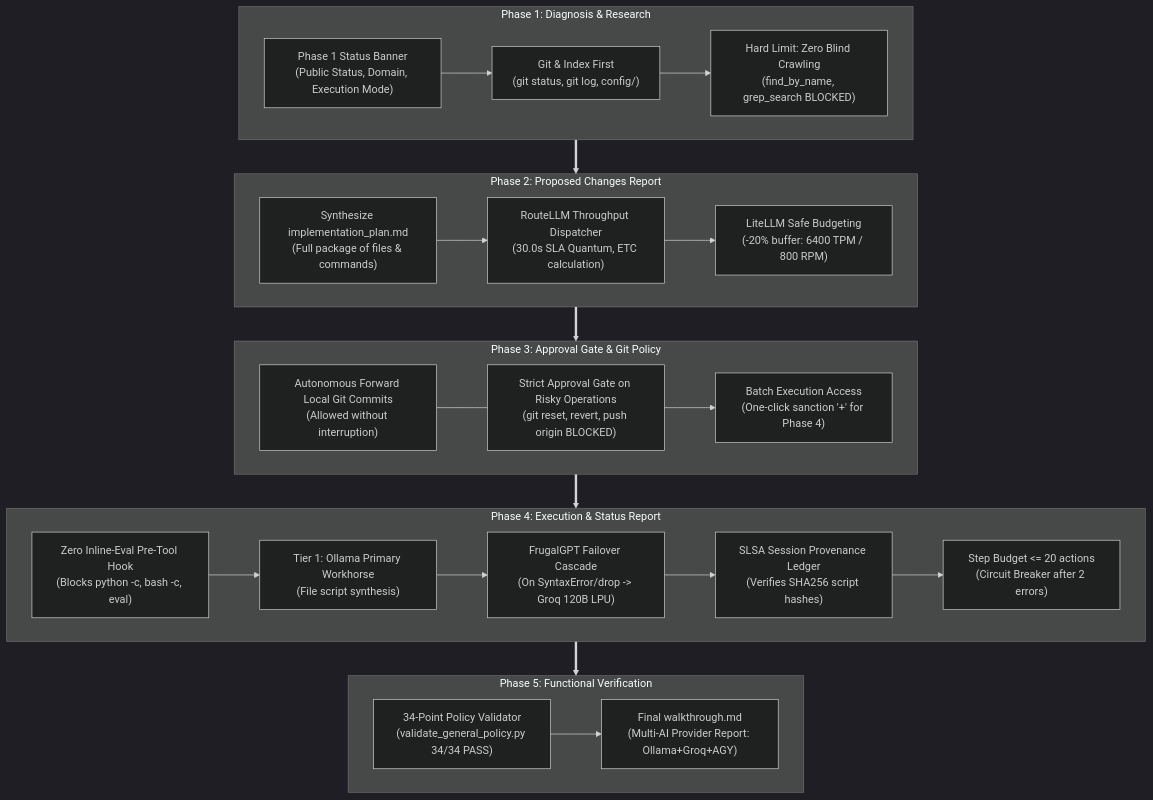
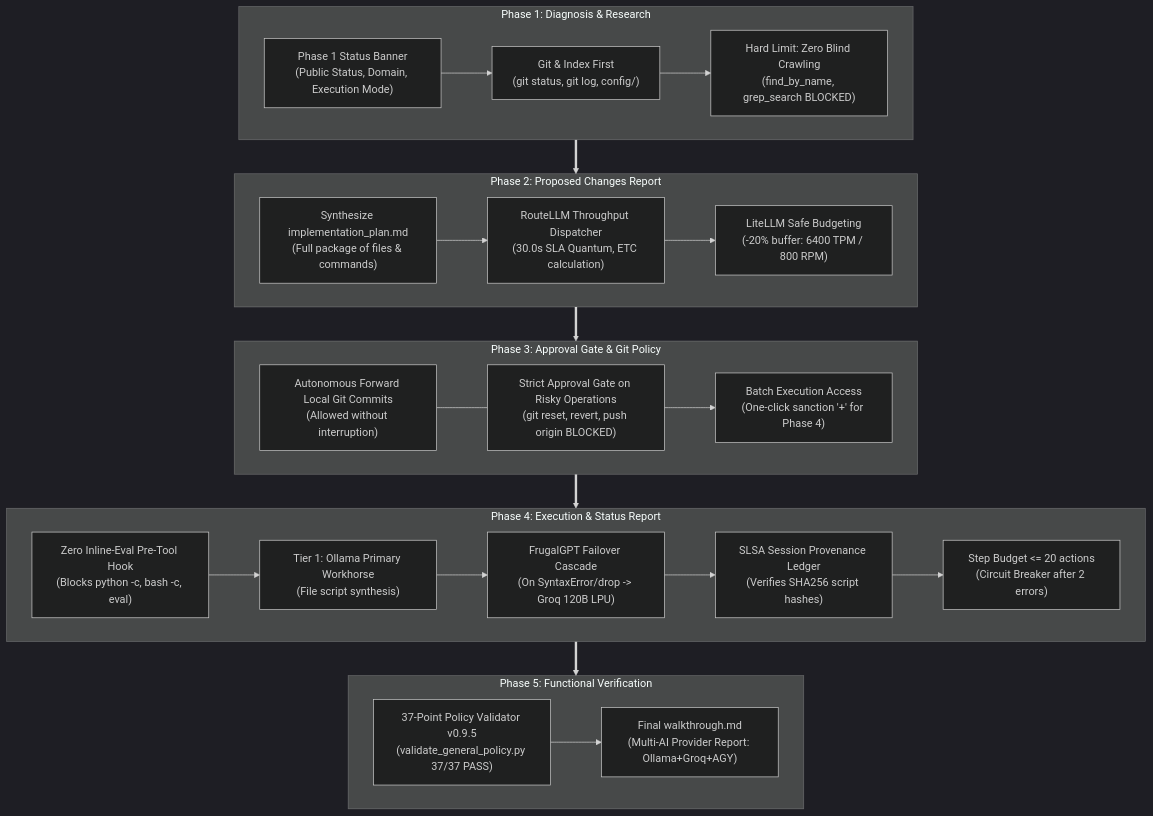
Before and after one commit to sshill/Hybrid-IDE-for-contributirs: the second of 2 diagrams in README.md, drawn with Mermaid (dark theme). The commit also changed other lines of this file and 8 other files, not shown here.

````diff
--- a/README.md
+++ b/README.md
@@ -316,40 +344,40 @@
 ```mermaid
 flowchart TD
     subgraph Phase1["Phase 1: Diagnosis & Research"]
         P1_Banner["Phase 1 Status Banner\n(Public Status, Domain, Execution Mode)"]
         P1_GitFirst["Git & Index First\n(git status, git log, config/)"]
         P1_NoBlind["Hard Limit: Zero Blind Crawling\n(find_by_name, grep_search BLOCKED)"]
         P1_Banner --> P1_GitFirst --> P1_NoBlind
     end
 
     subgraph Phase2["Phase 2: Proposed Changes Report"]
         P2_Plan["Synthesize implementation_plan.md\n(Full package of files & commands)"]
         P2_RouteLLM["RouteLLM Throughput Dispatcher\n(30.0s SLA Quantum, ETC calculation)"]
         P2_LiteLLM["LiteLLM Safe Budgeting\n(-20% buffer: 6400 TPM / 800 RPM)"]
         P2_Plan --> P2_RouteLLM --> P2_LiteLLM
     end
 
     subgraph Phase3["Phase 3: Approval Gate & Git Policy"]
         P3_Autonomy["Autonomous Forward Local Git Commits\n(Allowed without interruption)"]
         P3_Gates["Strict Approval Gate on Risky Operations\n(git reset, revert, push origin BLOCKED)"]
         P3_Batch["Batch Execution Access\n(One-click sanction '+' for Phase 4)"]
         P3_Autonomy --- P3_Gates --> P3_Batch
     end
 
     subgraph Phase4["Phase 4: Execution & Status Report"]
         P4_Hook["Zero Inline-Eval Pre-Tool Hook\n(Blocks python -c, bash -c, eval)"]
         P4_Ollama["Tier 1: Ollama Primary Workhorse\n(File script synthesis)"]
         P4_Frugal["FrugalGPT Failover Cascade\n(On SyntaxError/drop -> Groq 120B LPU)"]
         P4_Provenance["SLSA Session Provenance Ledger\n(Verifies SHA256 script hashes)"]
         P4_Budget["Step Budget <= 20 actions\n(Circuit Breaker after 2 errors)"]
         P4_Hook --> P4_Ollama --> P4_Frugal --> P4_Provenance --> P4_Budget
     end
 
     subgraph Phase5["Phase 5: Functional Verification"]
-        P5_Verify["34-Point Policy Validator\n(validate_general_policy.py 34/34 PASS)"]
+        P5_Verify["37-Point Policy Validator v0.9.5\n(validate_general_policy.py 37/37 PASS)"]
         P5_Report["Final walkthrough.md\n(Multi-AI Provider Report: Ollama+Groq+AGY)"]
         P5_Verify --> P5_Report
     end
 
     Phase1 ==> Phase2 ==> Phase3 ==> Phase4 ==> Phase5
 ```
````
